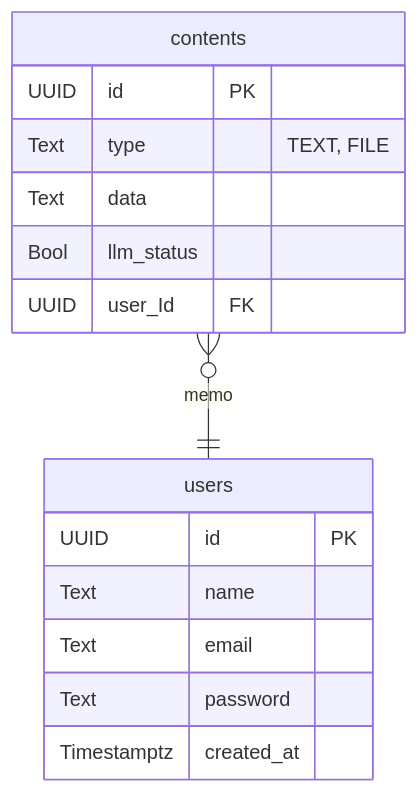
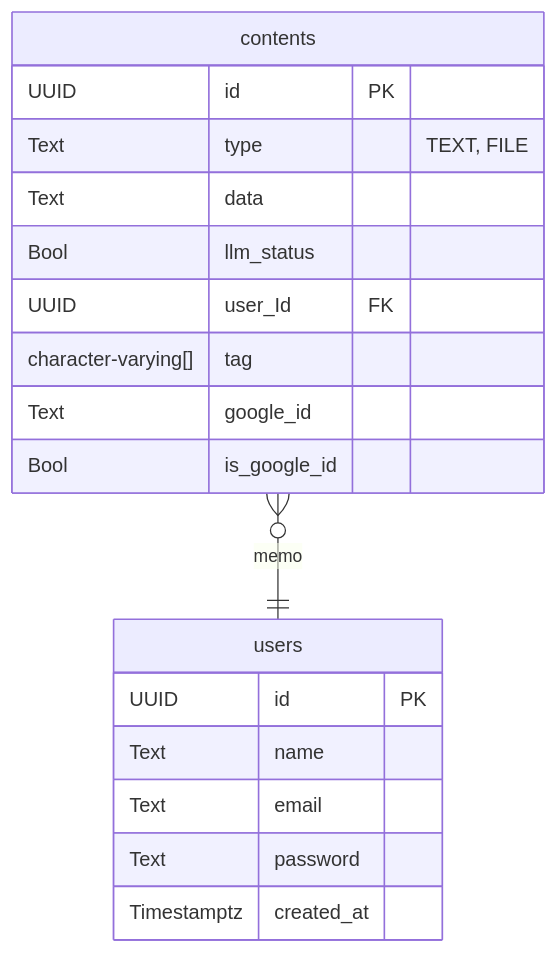
The diagram in docs/erd.md (nebulayoon/hereitis), drawn with Mermaid before and after one commit. The commit also changed 9 other files, not shown here.

````diff
--- a/docs/erd.md
+++ b/docs/erd.md
@@ -3,20 +3,23 @@
 ```mermaid
 erDiagram
 "users"{
   UUID id PK
   Text name
   Text email
   Text password
   Timestamptz created_at
 }
 
 "contents"{
   UUID id PK
   Text type "TEXT, FILE"
   Text data
   Bool llm_status
   UUID user_Id FK
+  character-varying[] tag
+  Text google_id
+  Bool is_google_id
 }
 
 "contents" }o--|| "users" :memo
 ```
````
